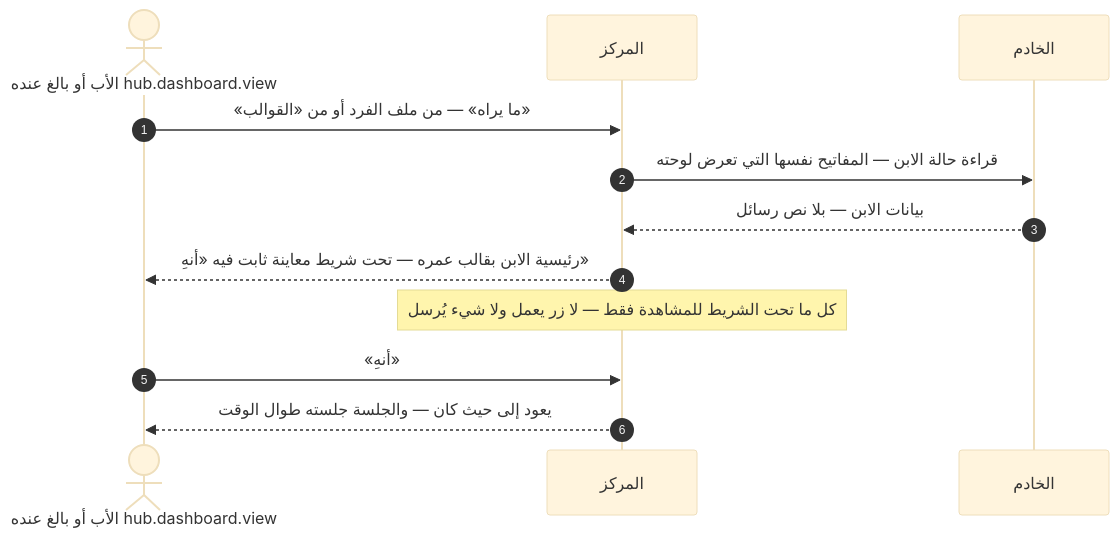
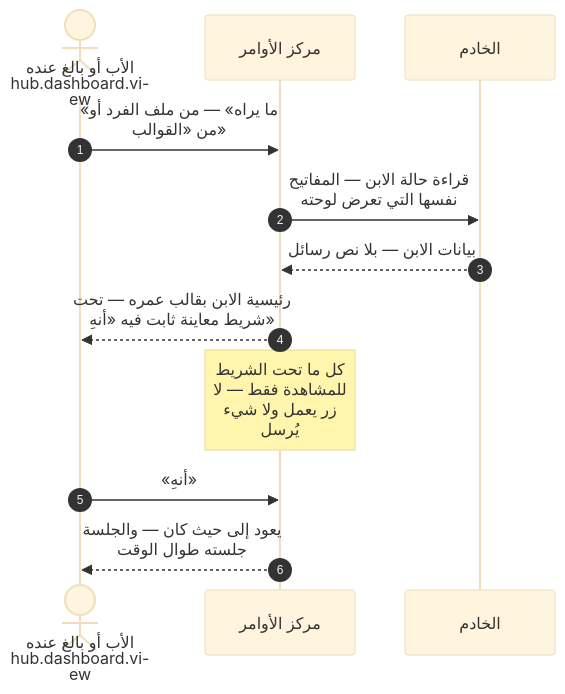
One commit to Bassam-mohammed-alqaeadi/family-os-v2 changed diagram 14 of 33 in docs/family-os/governance/phases/phase-1/S1-09-command-center-and-settings/DIAGRAMS.md. Above: the diagram before and after it, drawn with Mermaid (base theme). The commit also changed other lines of this file, not shown here.

````diff
--- a/docs/family-os/governance/phases/phase-1/S1-09-command-center-and-settings/DIAGRAMS.md
+++ b/docs/family-os/governance/phases/phase-1/S1-09-command-center-and-settings/DIAGRAMS.md
@@ -453,14 +580,15 @@
 ```mermaid
+%%{init: {"sequence": {"wrap": true}}}%%
 sequenceDiagram
     autonumber
     actor Parent as الأب أو بالغ عنده hub.dashboard.view
-    participant Hub as المركز
+    participant S109 as مركز الأوامر
     participant Ktor as الخادم
-    Parent->>Hub: «ما يراه» — من ملف الفرد أو من «القوالب»
-    Hub->>Ktor: قراءة حالة الابن — المفاتيح نفسها التي تعرض لوحته
-    Ktor-->>Hub: بيانات الابن — بلا نص رسائل
-    Hub-->>Parent: رئيسية الابن بقالب عمره — تحت شريط معاينة ثابت فيه «أنهِ»
-    Note over Hub: كل ما تحت الشريط للمشاهدة فقط — لا زر يعمل ولا شيء يُرسل
-    Parent->>Hub: «أنهِ»
-    Hub-->>Parent: يعود إلى حيث كان — والجلسة جلسته طوال الوقت
+    Parent->>S109: «ما يراه» — من ملف الفرد أو من «القوالب»
+    S109->>Ktor: قراءة حالة الابن — المفاتيح نفسها التي تعرض لوحته
+    Ktor-->>S109: بيانات الابن — بلا نص رسائل
+    S109-->>Parent: رئيسية الابن بقالب عمره — تحت شريط معاينة ثابت فيه «أنهِ»
+    Note over S109: كل ما تحت الشريط للمشاهدة فقط — لا زر يعمل ولا شيء يُرسل
+    Parent->>S109: «أنهِ»
+    S109-->>Parent: يعود إلى حيث كان — والجلسة جلسته طوال الوقت
 ```
````
